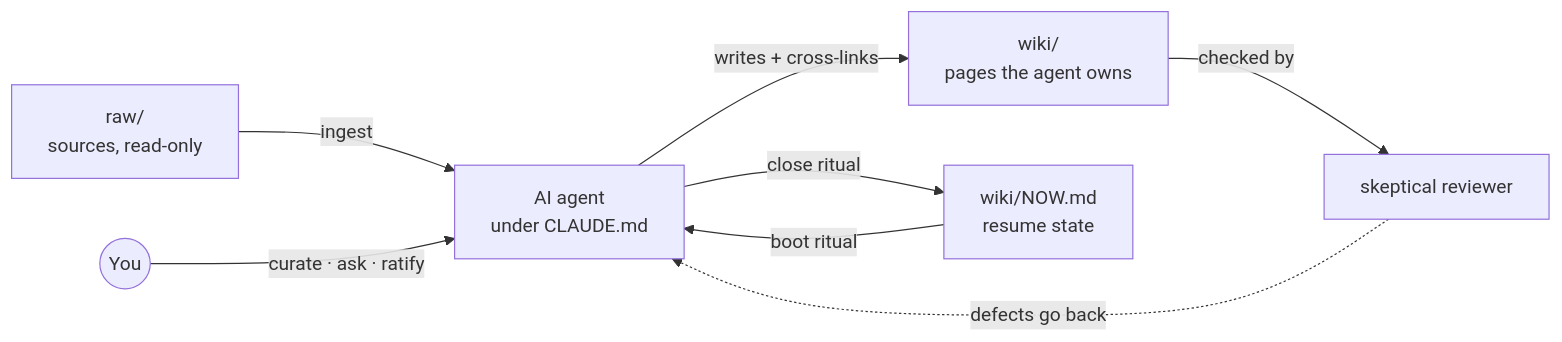
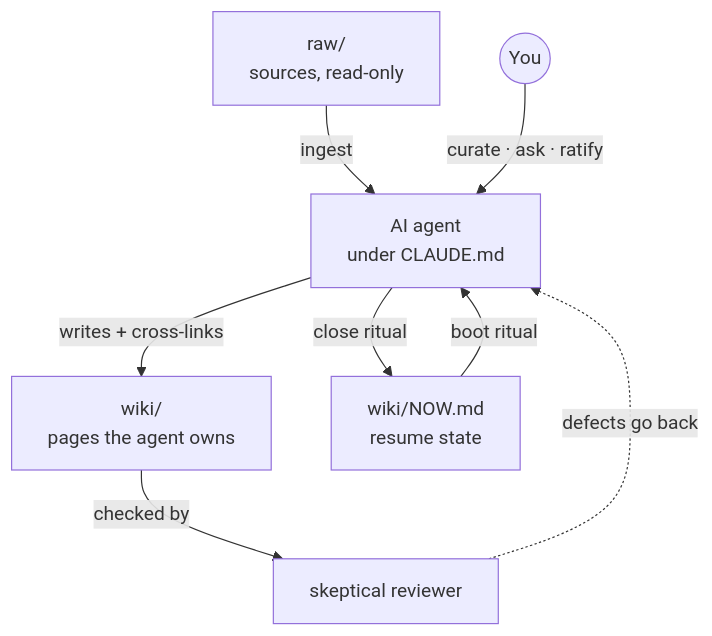
Before and after one commit to solventarchitect/ea-brain: the diagram in README.md, drawn with Mermaid.

Commit message:
docs: stack the how-it-works diagram vertically so it fits the README column
Claude-Session: https://claude.ai/code/session_01Abent9jvXwPAPZb1o8Vp7J

````diff
--- a/README.md
+++ b/README.md
@@ -29,10 +29,10 @@
 ```mermaid
-flowchart LR
+flowchart TD
   raw["raw/<br/>sources, read-only"] -->|ingest| agent["AI agent<br/>under CLAUDE.md"]
   agent -->|writes + cross-links| wiki["wiki/<br/>pages the agent owns"]
   wiki -->|checked by| reviewer["skeptical reviewer"]
   reviewer -.->|defects go back| agent
   now["wiki/NOW.md<br/>resume state"] -->|boot ritual| agent
   agent -->|close ritual| now
   you(("You")) -->|curate · ask · ratify| agent
 ```
````
